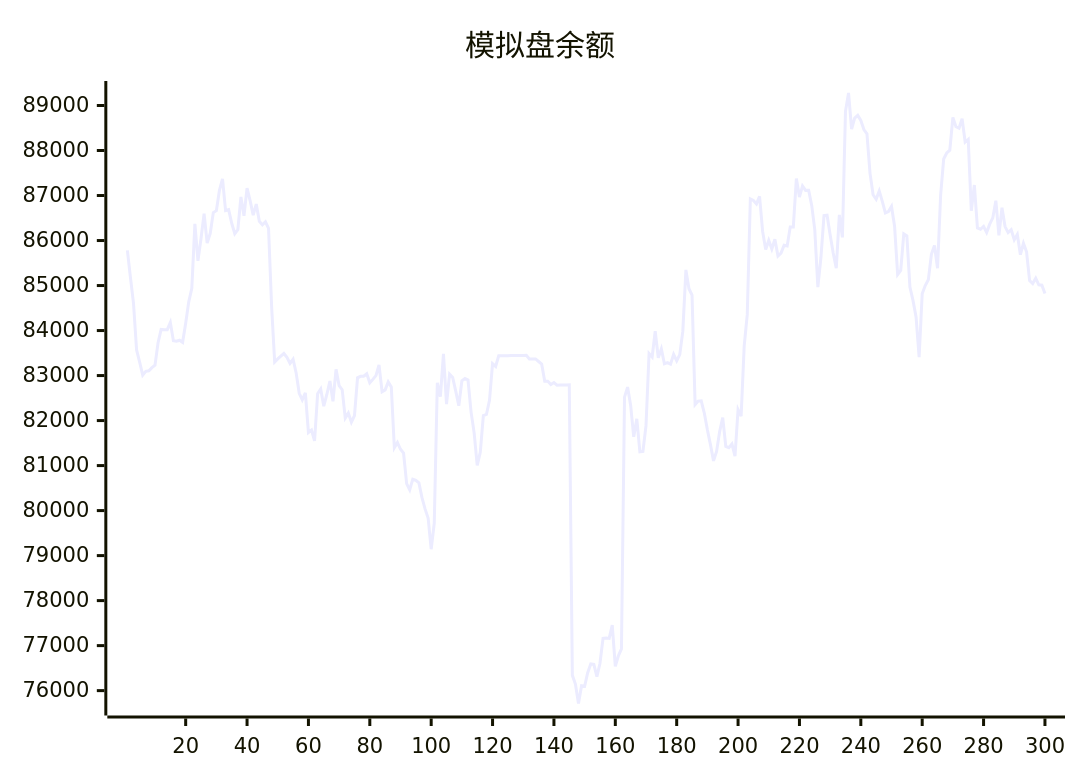
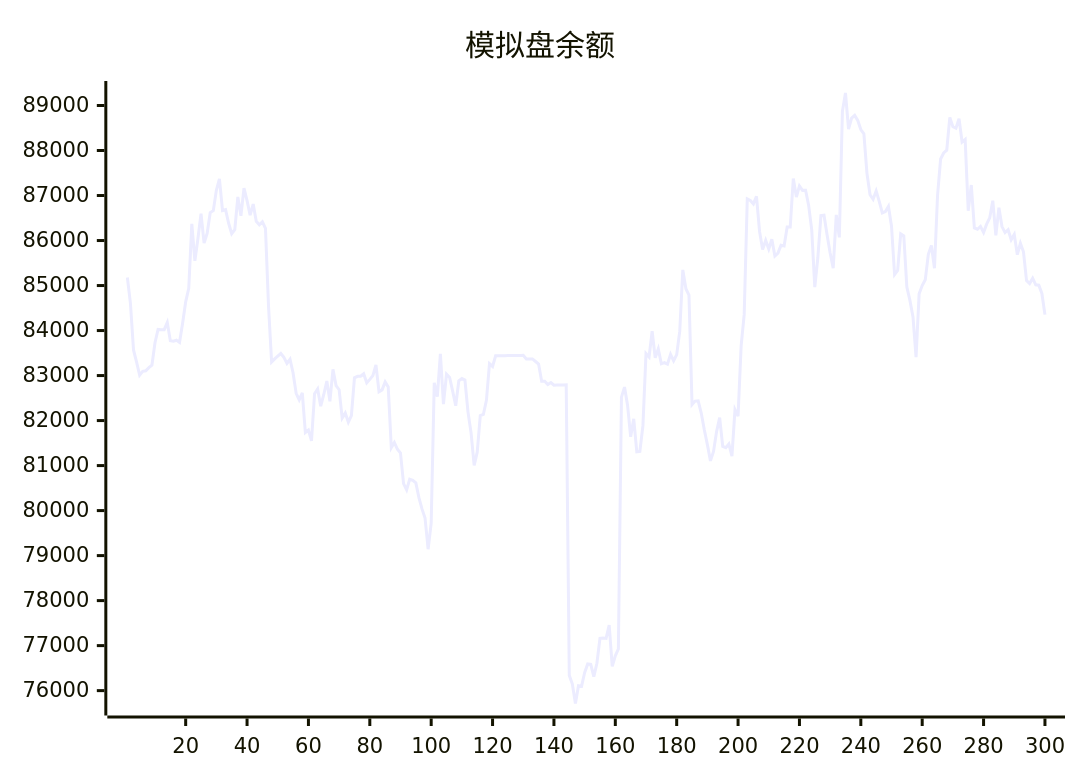
Before and after one commit to aahl/ai-trading: the diagram in README.md, drawn with Mermaid. The commit also changed other lines of this file and 1 other file, not shown here.

````diff
--- a/README.md
+++ b/README.md
@@ -5,5 +5,5 @@
 ```mermaid
 xychart
     title "模拟盘余额"
-    line [85781,85178,84604,83569,83298,83008,83093,83107,83175,83228,83729,84025,84017,84019,84177,83775,83762,83785,83738,84160,84639,84939,86370,85548,86046,86599,85942,86161,86622,86664,87115,87369,86666,86685,86384,86152,86243,86969,86548,87164,86885,86566,86809,86427,86348,86417,86273,84538,83299,83369,83430,83490,83404,83270,83362,83056,82605,82459,82614,81734,81788,81551,82598,82702,82320,82580,82878,82426,83139,82778,82686,82056,82166,81963,82110,82951,82983,82984,83038,82838,82915,82998,83235,82642,82682,82858,82746,81396,81512,81362,81277,80600,80461,80699,80673,80616,80288,80038,79836,79142,79722,82837,82533,83480,82366,83032,82960,82654,82330,82883,82934,82901,82188,81728,81005,81298,82110,82135,82449,83264,83203,83440,83439,83440,83440,83446,83447,83448,83447,83448,83449,83369,83369,83369,83313,83256,82872,82873,82801,82844,82785,82791,82791,82793,82794,76339,76145,75714,76110,76096,76397,76594,76585,76310,76607,77160,77170,77160,77456,76541,76774,76927,82520,82744,82337,81639,82040,81307,81314,81887,83490,83414,83984,83396,83594,83261,83287,83253,83470,83327,83465,83987,85348,84930,84786,82355,82433,82438,82167,81795,81466,81105,81315,81756,82064,81426,81398,81481,81210,82242,82099,83658,84359,86925,86892,86814,86980,86203,85802,86003,85811,86028,85657,85721,85896,85880,86300,86299,87378,86965,87214,87115,87118,86780,86238,84966,85623,86555,86562,86129,85722,85387,86569,86070,88870,89278,88477,88720,88781,88668,88467,88372,87493,87018,86917,87102,86870,86613,86644,86758,86317,85242,85334,86149,86106,84968,84671,84302,83410,84816,85001,85127,85693,85891,85384,87001,87811,87945,88007,88734,88528,88495,88705,88189,88248,86662,87234,86279,86251,86314,86177,86364,86503,86886,86114,86731,86310,86176,86240,86017,86136,85685,85938,85749,85111,85044,85164,85016,85008,84824]
+    line [85178,84604,83569,83298,83008,83093,83107,83175,83228,83729,84025,84017,84019,84177,83775,83762,83785,83738,84160,84639,84939,86370,85548,86046,86599,85942,86161,86622,86664,87115,87369,86666,86685,86384,86152,86243,86969,86548,87164,86885,86566,86809,86427,86348,86417,86273,84538,83299,83369,83430,83490,83404,83270,83362,83056,82605,82459,82614,81734,81788,81551,82598,82702,82320,82580,82878,82426,83139,82778,82686,82056,82166,81963,82110,82951,82983,82984,83038,82838,82915,82998,83235,82642,82682,82858,82746,81396,81512,81362,81277,80600,80461,80699,80673,80616,80288,80038,79836,79142,79722,82837,82533,83480,82366,83032,82960,82654,82330,82883,82934,82901,82188,81728,81005,81298,82110,82135,82449,83264,83203,83440,83439,83440,83440,83446,83447,83448,83447,83448,83449,83369,83369,83369,83313,83256,82872,82873,82801,82844,82785,82791,82791,82793,82794,76339,76145,75714,76110,76096,76397,76594,76585,76310,76607,77160,77170,77160,77456,76541,76774,76927,82520,82744,82337,81639,82040,81307,81314,81887,83490,83414,83984,83396,83594,83261,83287,83253,83470,83327,83465,83987,85348,84930,84786,82355,82433,82438,82167,81795,81466,81105,81315,81756,82064,81426,81398,81481,81210,82242,82099,83658,84359,86925,86892,86814,86980,86203,85802,86003,85811,86028,85657,85721,85896,85880,86300,86299,87378,86965,87214,87115,87118,86780,86238,84966,85623,86555,86562,86129,85722,85387,86569,86070,88870,89278,88477,88720,88781,88668,88467,88372,87493,87018,86917,87102,86870,86613,86644,86758,86317,85242,85334,86149,86106,84968,84671,84302,83410,84816,85001,85127,85693,85891,85384,87001,87811,87945,88007,88734,88528,88495,88705,88189,88248,86662,87234,86279,86251,86314,86177,86364,86503,86886,86114,86731,86310,86176,86240,86017,86136,85685,85938,85749,85111,85044,85164,85016,85008,84824,84354]
 ```
````
